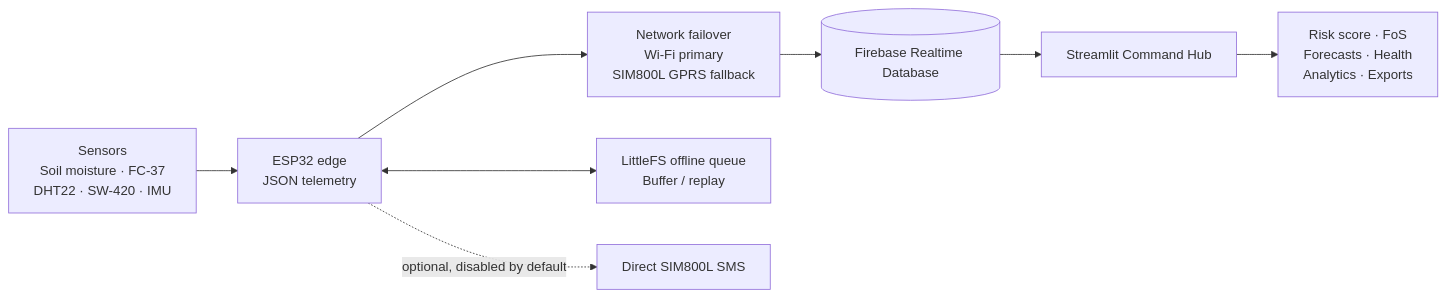
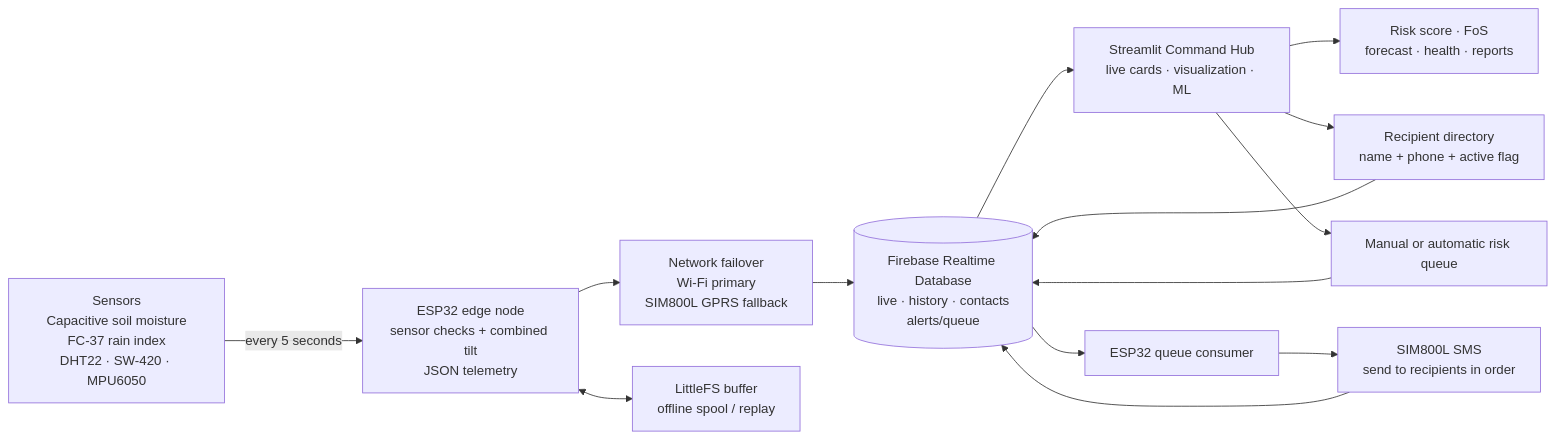
The diagram in README.md (SHREYAS4678/GeoxAlert), drawn with Mermaid before and after one commit. The commit also changed other lines of this file, not shown here.

Commit message:
Document redesigned GeoAlert telemetry, ML and SIM800L alert flow

````diff
--- a/README.md
+++ b/README.md
@@ -9,10 +9,16 @@
 ```mermaid
 flowchart LR
-    A["Sensors<br/>Soil moisture · FC-37<br/>DHT22 · SW-420 · IMU"] --> B["ESP32 edge<br/>JSON telemetry"]
+    A["Sensors<br/>Capacitive soil moisture<br/>FC-37 rain index<br/>DHT22 · SW-420 · MPU6050"] -->|every 5 seconds| B["ESP32 edge node<br/>sensor checks + combined tilt<br/>JSON telemetry"]
     B --> C["Network failover<br/>Wi-Fi primary<br/>SIM800L GPRS fallback"]
-    B <--> D["LittleFS offline queue<br/>Buffer / replay"]
-    C --> E[("Firebase Realtime Database")]
-    E --> F["Streamlit Command Hub"]
-    F --> G["Risk score · FoS<br/>Forecasts · Health<br/>Analytics · Exports"]
-    B -. "optional, disabled by default" .-> H["Direct SIM800L SMS"]
+    B <--> D["LittleFS buffer<br/>offline spool / replay"]
+    C --> E[("Firebase Realtime Database<br/>live · history · contacts<br/>alerts/queue")]
+    E --> F["Streamlit Command Hub<br/>live cards · visualization · ML"]
+    F --> G["Risk score · FoS<br/>forecast · health · reports"]
+    F --> H["Recipient directory<br/>name + phone + active flag"]
+    H --> E
+    F --> I["Manual or automatic risk queue"]
+    I --> E
+    E --> J["ESP32 queue consumer"]
+    J --> K["SIM800L SMS<br/>send to recipients in order"]
+    K --> E
 ```
````
